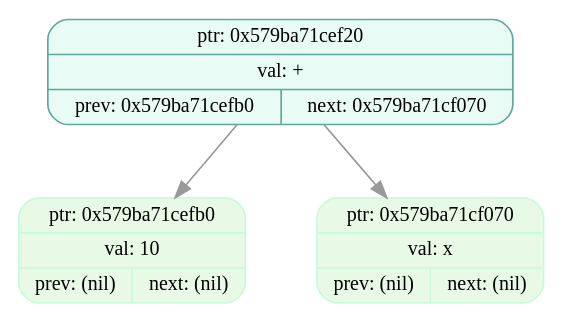
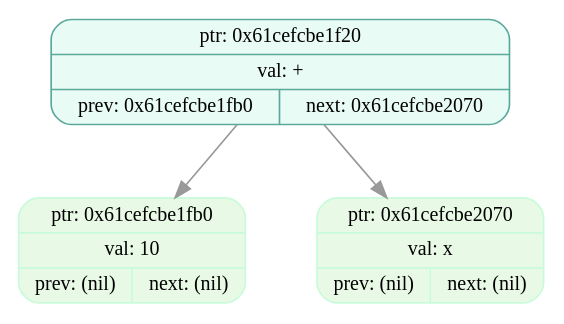
The diagram in dumps/tree_dump_002.dot (EvilTomato9890/Difference), drawn with Graphviz before and after one commit. The commit also changed 26 other files, not shown here.

```diff
--- a/dumps/tree_dump_002.dot
+++ b/dumps/tree_dump_002.dot
@@ -1,9 +1,9 @@
 digraph T{
   node [fontname="Fira Mono",shape=record,style="filled,rounded",fontsize=12];
   graph [splines=true, nodesep=0.6, ranksep=0.6];
-  node_0x579ba71cef20[shape=record,label="{ {ptr: 0x579ba71cef20} | {val: +} | { prev: 0x579ba71cefb0 | next: 0x579ba71cf070 } }",color="#5aa99b",fillcolor="#e9fbf5"];
-  node_0x579ba71cefb0[shape=record,label="{ {ptr: 0x579ba71cefb0} | {val: 10} | { prev: (nil) | next: (nil) } }",color="#c9fbdbff",fillcolor="#e8f9e5ff"];
-  node_0x579ba71cf070[shape=record,label="{ {ptr: 0x579ba71cf070} | {val: x} | { prev: (nil) | next: (nil) } }",color="#c9fbdbff",fillcolor="#e8f9e5ff"];
-  node_0x579ba71cef20 -> node_0x579ba71cefb0 [color="#999999"];
-  node_0x579ba71cef20 -> node_0x579ba71cf070 [color="#999999"];
+  node_0x61cefcbe1f20[shape=record,label="{ {ptr: 0x61cefcbe1f20} | {val: +} | { prev: 0x61cefcbe1fb0 | next: 0x61cefcbe2070 } }",color="#5aa99b",fillcolor="#e9fbf5"];
+  node_0x61cefcbe1fb0[shape=record,label="{ {ptr: 0x61cefcbe1fb0} | {val: 10} | { prev: (nil) | next: (nil) } }",color="#c9fbdbff",fillcolor="#e8f9e5ff"];
+  node_0x61cefcbe2070[shape=record,label="{ {ptr: 0x61cefcbe2070} | {val: x} | { prev: (nil) | next: (nil) } }",color="#c9fbdbff",fillcolor="#e8f9e5ff"];
+  node_0x61cefcbe1f20 -> node_0x61cefcbe1fb0 [color="#999999"];
+  node_0x61cefcbe1f20 -> node_0x61cefcbe2070 [color="#999999"];
 }
```
